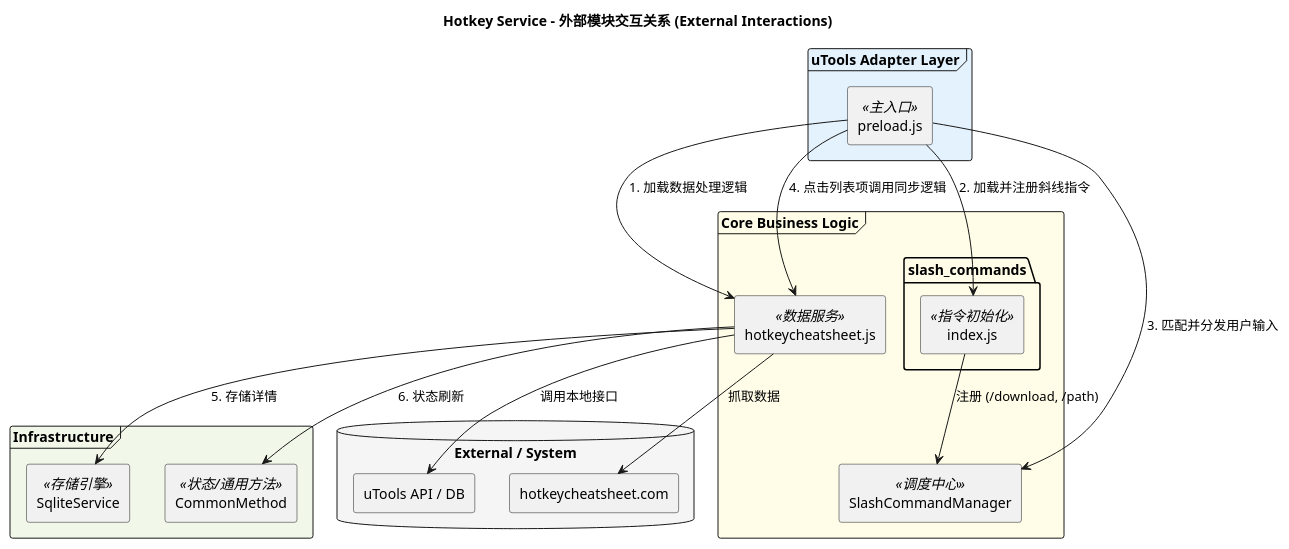
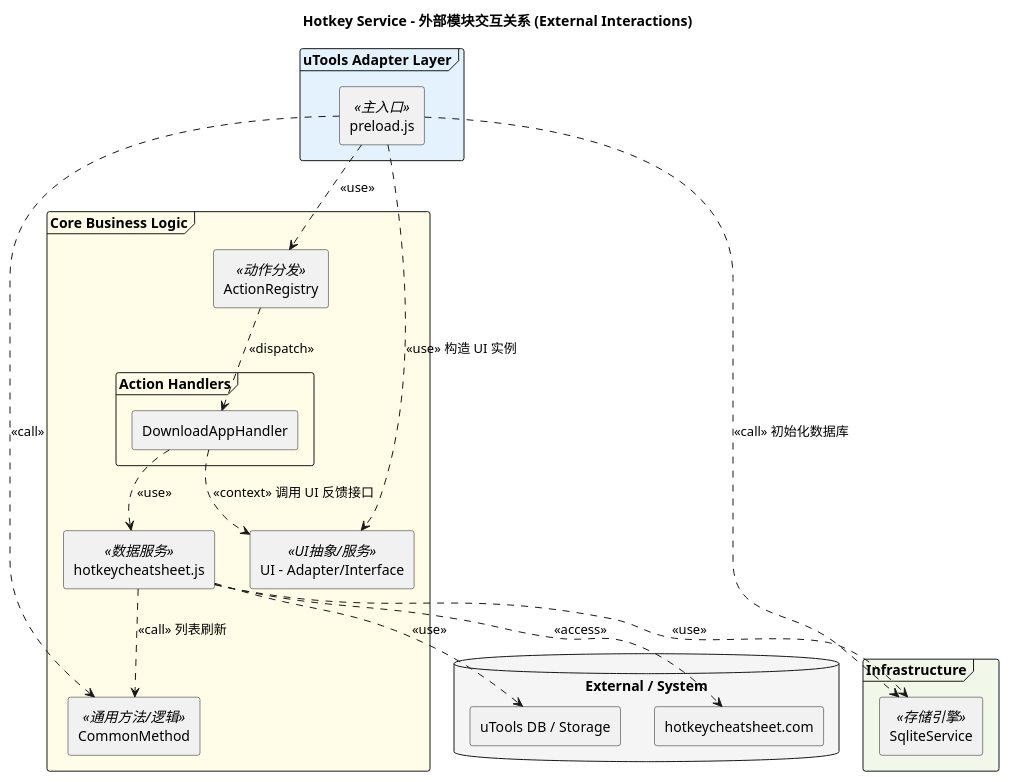
Before and after one commit to zhougy0717/utools_hotkeys: the first of 2 diagrams in docs/design/hotkeycheatsheet.md, drawn with PlantUML. The commit also changed other lines of this file and 10 other files, not shown here.

````diff
--- a/docs/design/hotkeycheatsheet.md
+++ b/docs/design/hotkeycheatsheet.md
@@ -16,42 +15,47 @@
 ```plantuml
 @startuml
 title Hotkey Service - 外部模块交互关系 (External Interactions)
 
 skinparam componentStyle rectangle
 skinparam packageStyle frame
 
 package "uTools Adapter Layer" #E3F2FD {
     [preload.js] as Preload <<主入口>>
 }
 
 package "Core Business Logic" #FFFDE7 {
+    [ActionRegistry] as Registry <<动作分发>>
+    [UI - Adapter/Interface] as UI <<UI抽象/服务>>
+    [CommonMethod] as CM <<通用方法/逻辑>>
+    package "Action Handlers" {
+        [DownloadAppHandler]
+    }
     [hotkeycheatsheet.js] as HCS <<数据服务>>
-    [SlashCommandManager] as SCM <<调度中心>>
-    folder "slash_commands" {
-        [index.js] as SCI <<指令初始化>>
-    }
 }
 
 package "Infrastructure" #F1F8E9 {
     [SqliteService] as SQLite <<存储引擎>>
-    [CommonMethod] as CM <<状态/通用方法>>
 }
 
 database "External / System" #F5F5F5 {
-    [uTools API / DB] as UAPI
+    [uTools DB / Storage] as UAPI
     [hotkeycheatsheet.com] as Web
 }
 
-' 交互定义
-Preload --> HCS : 1. 加载数据处理逻辑
-Preload --> SCI : 2. 加载并注册斜线指令
-SCI --> SCM : 注册 (/download, /path)
-Preload --> SCM : 3. 匹配并分发用户输入
-Preload --> HCS : 4. 点击列表项调用同步逻辑
+' 依赖关系定义 (A ..> B 表示 A 依赖 B)
+Preload ..> Registry : <<use>>
+Preload ..> UI : <<use>> 构造 UI 实例
+Preload ..> CM : <<call>>
+Preload ..> SQLite : <<call>> 初始化数据库
 
-HCS --> SQLite : 5. 存储详情
-HCS --> CM : 6. 状态刷新
-HCS --> UAPI : 调用本地接口
-HCS --> Web : 抓取数据
+Registry ..> DownloadAppHandler : <<dispatch>>
+
+DownloadAppHandler ..> HCS : <<use>>
+DownloadAppHandler ..> UI : <<context>> 调用 UI 反馈接口
+
+HCS ..> SQLite : <<use>>
+HCS ..> CM : <<call>> 列表刷新
+HCS ..> UAPI : <<use>>
+HCS ..> Web : <<access>>
 @enduml
 ```
````
